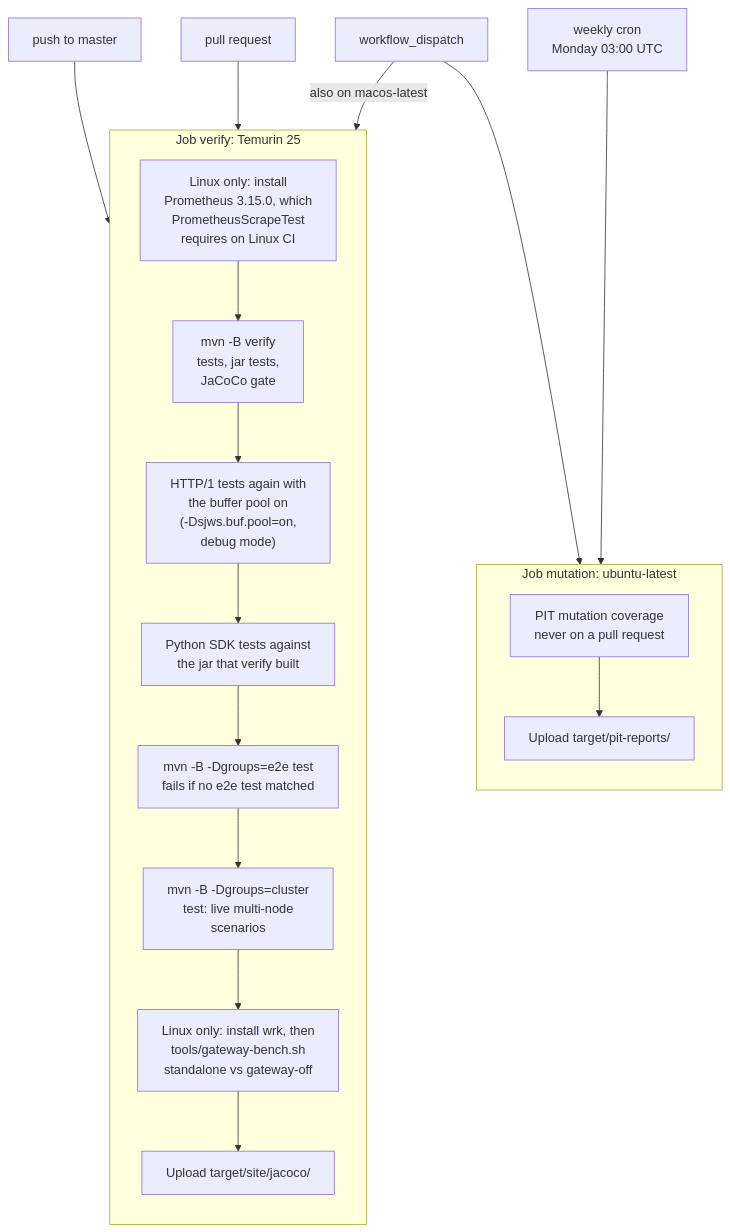
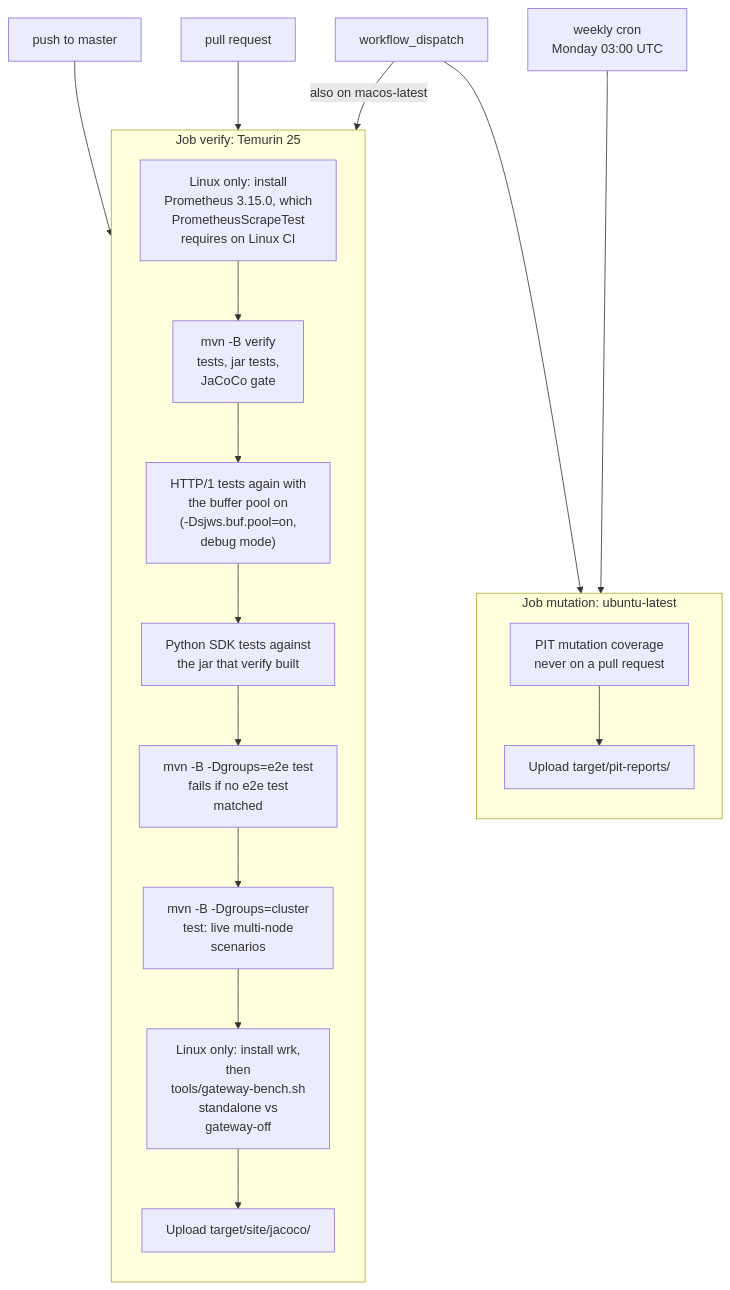
The diagram in docs/development/integration-tests.md (BlivionIaG/sjws_nettask), drawn with Mermaid before and after one commit. The commit also changed other lines of this file and 19 other files, not shown here.

First line of the commit message:
docs: fix the diagrams the fact-check found imprecise

````diff
--- a/docs/development/integration-tests.md
+++ b/docs/development/integration-tests.md
@@ -178,18 +178,18 @@
 ```mermaid
 flowchart TB
     push["push to master"] --> verify
     pr["pull request"] --> verify
     wd["workflow_dispatch"] -->|"also on macos-latest"| verify
     wd --> mut
     cron["weekly cron<br/>Monday 03:00 UTC"] --> mut
 
     subgraph verify["Job verify: Temurin 25"]
         direction TB
-        v0["Linux only: install<br/>Prometheus 3.15.0, which<br/>PrometheusScrapeTest<br/>requires on Linux CI"] --> v1["mvn -B verify<br/>tests, jar tests,<br/>JaCoCo gate"] --> v1b["HTTP/1 tests again with<br/>the buffer pool on<br/>(-Dsjws.buf.pool=on,<br/>debug mode)"] --> v1c["Python SDK tests against<br/>the jar that verify built"] --> v2["mvn -B -Dgroups=e2e test<br/>fails if no e2e test matched"] --> v3["mvn -B -Dgroups=cluster<br/>test: live multi-node<br/>scenarios"] --> v4["Linux only: install wrk, then<br/>tools/gateway-bench.sh<br/>standalone vs gateway-off"] --> v5["Upload target/site/jacoco/"]
+        v0["Linux only: install<br/>Prometheus 3.15.0, which<br/>PrometheusScrapeTest<br/>requires on Linux CI"] --> v1["mvn -B verify<br/>tests, jar tests,<br/>JaCoCo gate"] --> v1b["HTTP/1 tests again with<br/>the buffer pool on<br/>(-Dsjws.buf.pool=on,<br/>debug mode)"] --> v1c["Python SDK tests against<br/>the jar that verify built"] --> v2["mvn -B -Dgroups=e2e test<br/>fails if no e2e test<br/>matched"] --> v3["mvn -B -Dgroups=cluster<br/>test: live multi-node<br/>scenarios"] --> v4["Linux only: install wrk,<br/>then<br/>tools/gateway-bench.sh<br/>standalone vs<br/>gateway-off"] --> v5["Upload target/site/jacoco/"]
     end
 
     subgraph mut["Job mutation: ubuntu-latest"]
         direction TB
         m1["PIT mutation coverage<br/>never on a pull request"] --> m2["Upload target/pit-reports/"]
     end
 ```
````
